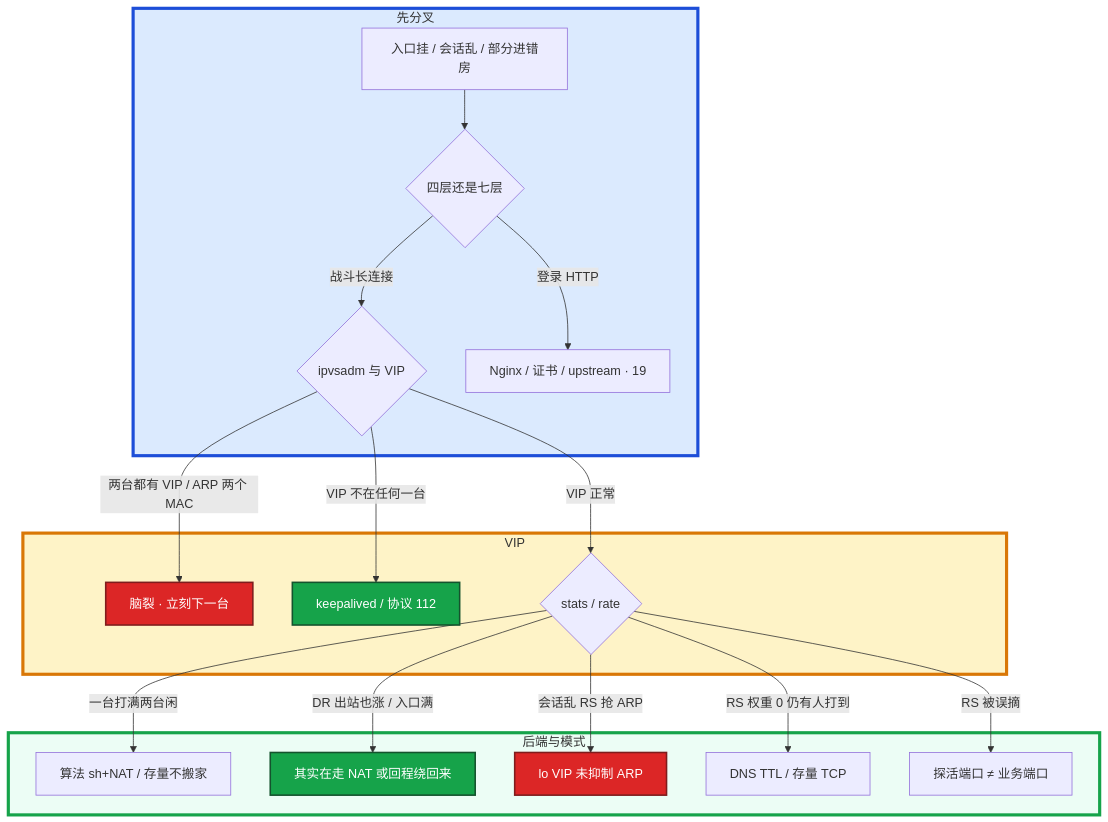
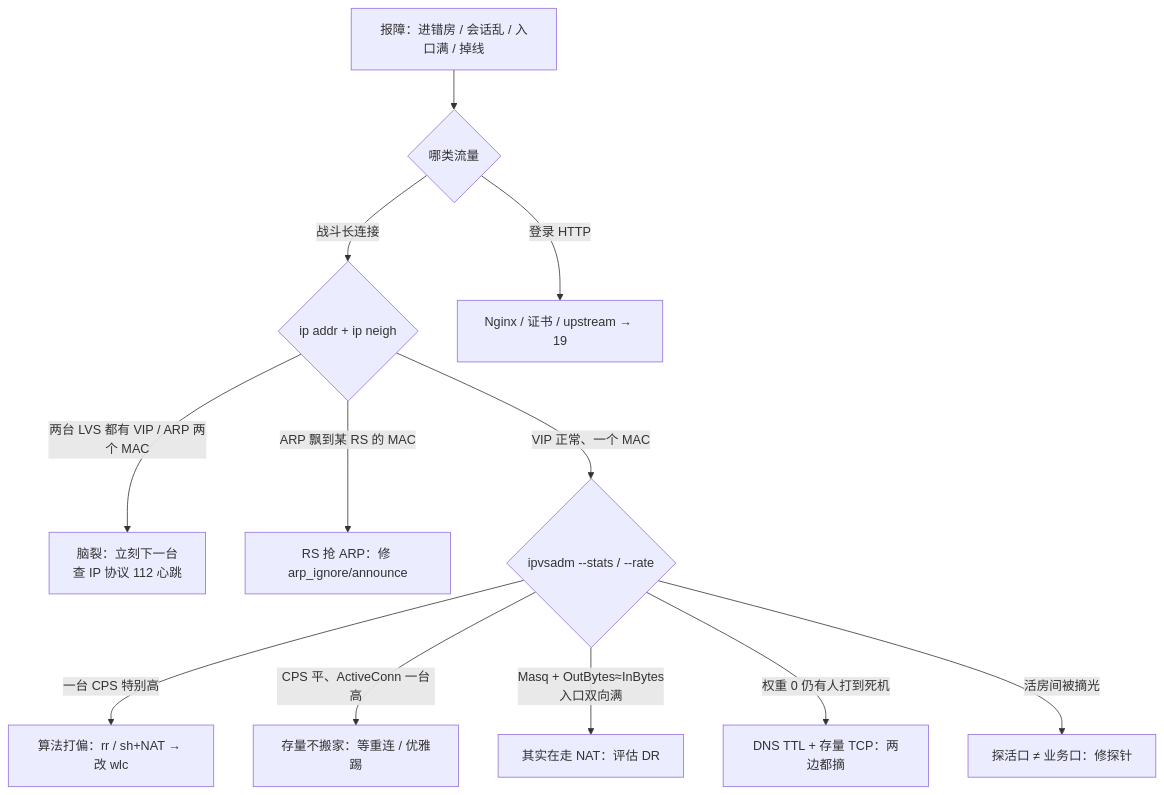
Before and after one commit to ml-cuizijun/LearnToLilith: the fourth of 4 diagrams in 01-基础底座/18-LVS与四层负载均衡/知识点.md, drawn with Mermaid. The commit also changed other lines of this file and 470 other files, not shown here.

````diff
--- a/01-基础底座/18-LVS与四层负载均衡/知识点.md
+++ b/01-基础底座/18-LVS与四层负载均衡/知识点.md
@@ -940,31 +432,14 @@
 ```mermaid
 flowchart TB
-    subgraph gate ["先分叉"]
-        A[入口挂 / 会话乱 / 部分进错房] --> B{四层还是七层}
-        B -->|战斗长连接| C{ipvsadm 与 VIP}
-        B -->|登录 HTTP| N[Nginx / 证书 / upstream · 19]
-    end
-
-    subgraph vip ["VIP"]
-        C -->|两台都有 VIP / ARP 两个 MAC| D[脑裂 · 立刻下一台]
-        C -->|VIP 不在任何一台| E[keepalived / 协议 112]
-        C -->|VIP 正常| F{stats / rate}
-    end
-
-    subgraph rs ["后端与模式"]
-        F -->|一台打满两台闲| G[算法 sh+NAT / 存量不搬家]
-        F -->|DR 出站也涨 / 入口满| H[其实在走 NAT 或回程绕回来]
-        F -->|会话乱 RS 抢 ARP| I[lo VIP 未抑制 ARP]
-        F -->|RS 权重 0 仍有人打到| J[DNS TTL / 存量 TCP]
-        F -->|RS 被误摘| K[探活端口 ≠ 业务端口]
-    end
-
-    classDef bad fill:#DC2626,stroke:#7F1D1D,stroke-width:2px,color:#fff
-    classDef ok fill:#16A34A,stroke:#14532D,stroke-width:2px,color:#fff
-    class D,I bad
-    class E,H ok
-
-    style gate fill:#DBEAFE,stroke:#1D4ED8,stroke-width:4px
-    style vip fill:#FEF3C7,stroke:#D97706,stroke-width:4px
-    style rs fill:#ECFDF5,stroke:#16A34A,stroke-width:4px
+    A["报障：进错房 / 会话乱 / 入口满 / 掉线"] --> B{"哪类流量"}
+    B -->|"战斗长连接"| C{"ip addr + ip neigh"}
+    B -->|"登录 HTTP"| N["Nginx / 证书 / upstream → 19"]
+    C -->|"两台 LVS 都有 VIP / ARP 两个 MAC"| D["脑裂：立刻下一台<br/>查 IP 协议 112 心跳"]
+    C -->|"ARP 飘到某 RS 的 MAC"| I["RS 抢 ARP：修 arp_ignore/announce"]
+    C -->|"VIP 正常、一个 MAC"| F{"ipvsadm --stats / --rate"}
+    F -->|"一台 CPS 特别高"| G["算法打偏：rr / sh+NAT → 改 wlc"]
+    F -->|"CPS 平、ActiveConn 一台高"| G2["存量不搬家：等重连 / 优雅踢"]
+    F -->|"Masq + OutBytes≈InBytes<br/>入口双向满"| H["其实在走 NAT：评估 DR"]
+    F -->|"权重 0 仍有人打到死机"| J["DNS TTL + 存量 TCP：两边都摘"]
+    F -->|"活房间被摘光"| K["探活口 ≠ 业务口：修探针"]
 ```
````
